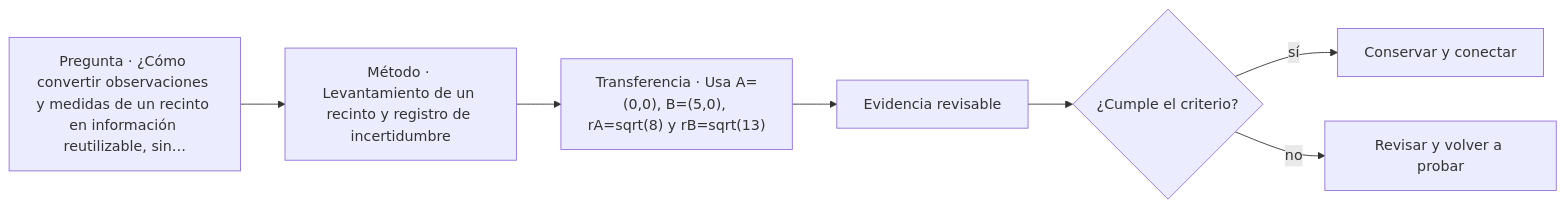
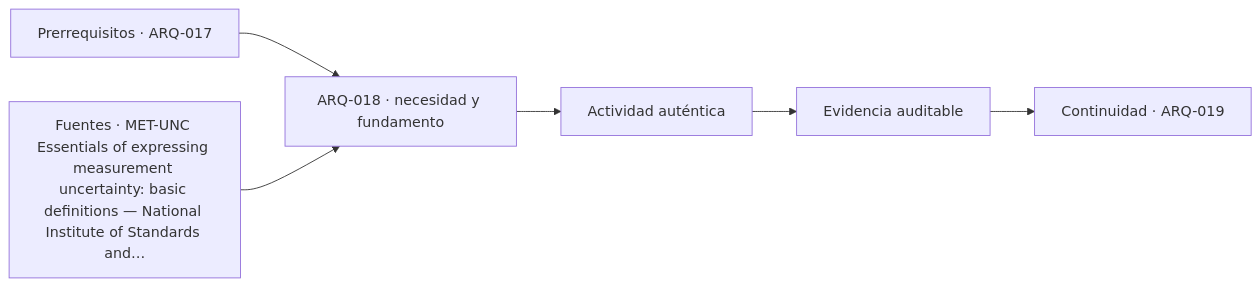
One commit to vladimiracunadev-create/architecture-built-environment-learning-program changed the diagram in classes/parte-02/ARQ-018.md. Above: the diagram before and after it, drawn with Mermaid. The commit also changed other lines of this file and 761 other files, not shown here.

````diff
--- a/classes/parte-02/ARQ-018.md
+++ b/classes/parte-02/ARQ-018.md
@@ -93,9 +105,8 @@
 ```mermaid
 flowchart LR
-    Q["Pregunta · ¿Cómo convertir observaciones y medidas de un recinto en información reutilizable, sin…"] --> M["Método · Levantamiento de un recinto y registro de incertidumbre"]
-    M --> P["Transferencia · Usa A=(0,0), B=(5,0), rA=sqrt(8) y rB=sqrt(13)"]
-    P --> E["Evidencia revisable"]
-    E --> C{"¿Cumple el criterio?"}
-    C -->|sí| T["Conservar y conectar"]
-    C -->|no| R["Revisar y volver a probar"]
+    A["Prerrequisitos · ARQ-017"] --> B["ARQ-018 · necesidad y fundamento"]
+    S["Fuentes · MET-UNC Essentials of expressing measurement uncertainty: basic definitions — National Institute of Standards and…"] --> B
+    B --> C["Actividad auténtica"]
+    C --> D["Evidencia auditable"]
+    D --> E["Continuidad · ARQ-019"]
 ```
````
